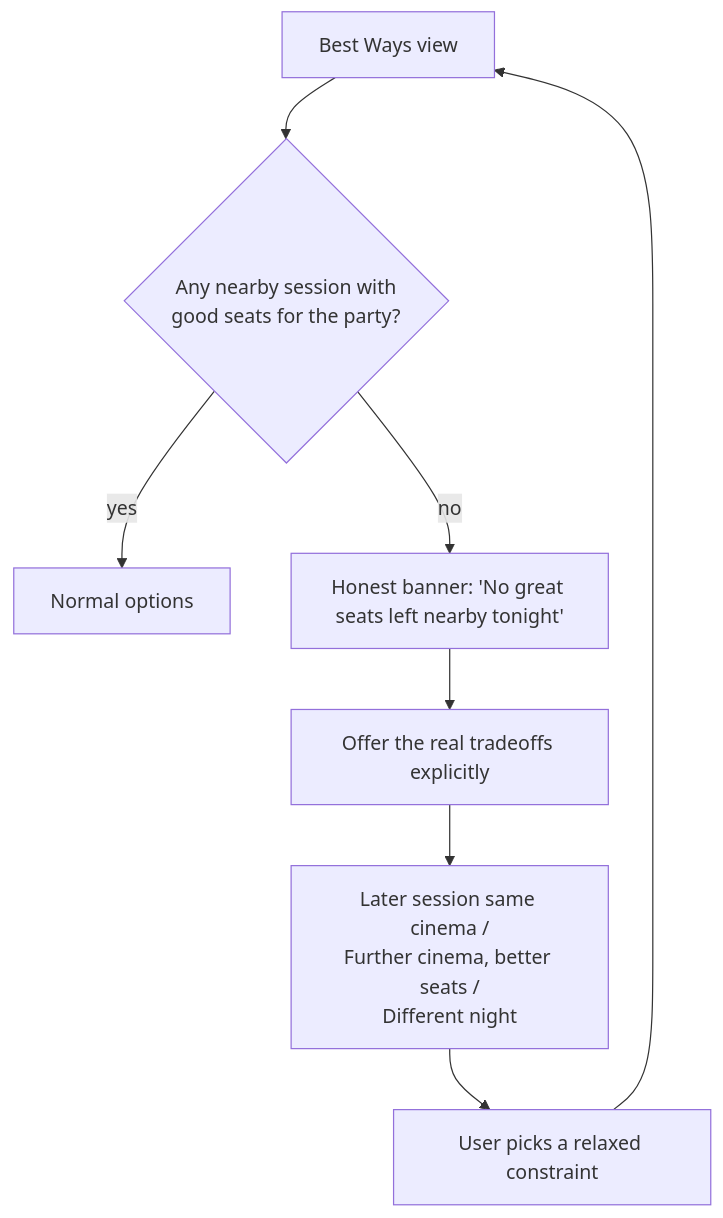
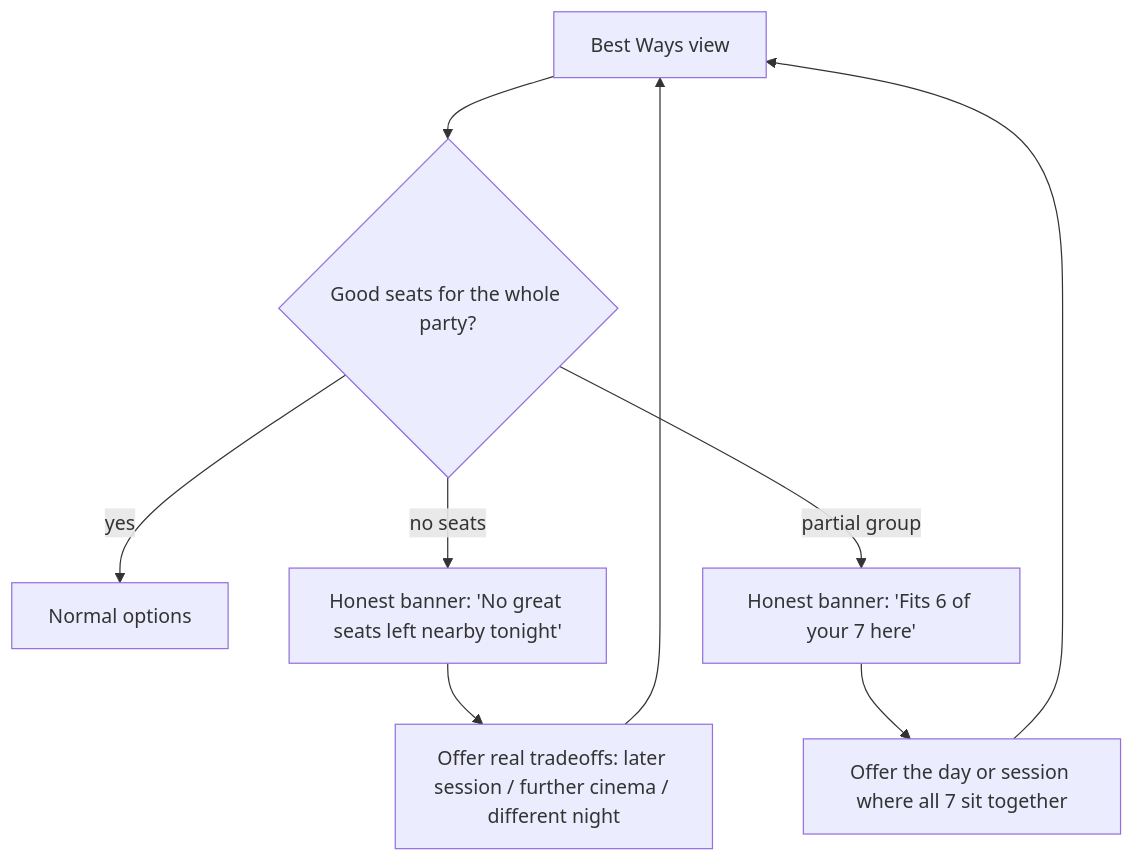
The fourth of 5 diagrams in design/journey/03-flows-and-concepts.md (miloli-git/auscinema-seatfinder), drawn with Mermaid before and after one commit. The commit also changed other lines of this file and 4 other files, not shown here.

First line of the commit message:
docs(design): propagate organiser persona through journey, flows, wireframes

````diff
--- a/design/journey/03-flows-and-concepts.md
+++ b/design/journey/03-flows-and-concepts.md
@@ -57,10 +70,11 @@
 ```mermaid
 flowchart TD
-  A["Best Ways view"] --> B{"Any nearby session with<br/>good seats for the party?"}
+  A["Best Ways view"] --> B{"Good seats for the whole party?"}
   B -->|yes| C["Normal options"]
-  B -->|no| D["Honest banner: 'No great seats left nearby tonight'"]
-  D --> E["Offer the real tradeoffs explicitly"]
-  E --> F["Later session same cinema /<br/>Further cinema, better seats /<br/>Different night"]
-  F --> G["User picks a relaxed constraint"]
-  G --> A
+  B -->|no seats| D["Honest banner: 'No great seats left nearby tonight'"]
+  B -->|partial group| P["Honest banner: 'Fits 6 of your 7 here'"]
+  D --> E["Offer real tradeoffs: later session / further cinema / different night"]
+  P --> Q["Offer the day or session where all 7 sit together"]
+  E --> A
+  Q --> A
 ```
````
